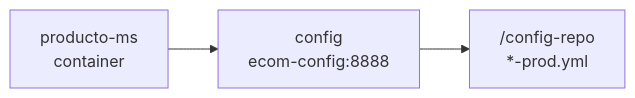
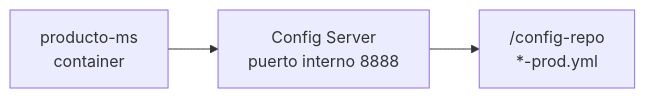
One commit to erickmijael17/SmartCampus-Marketplace changed the second of 2 diagrams in docs/sesiones/s02-configuracion-centralizada.md. Above: the diagram before and after it, drawn with Mermaid. The commit also changed other lines of this file and 11 other files, not shown here.

````diff
--- a/docs/sesiones/s02-configuracion-centralizada.md
+++ b/docs/sesiones/s02-configuracion-centralizada.md
@@ -56,7 +56,7 @@
 ```mermaid
 flowchart LR
     MS["producto-ms<br/>container"]
-    CFG["config<br/>ecom-config:8888"]
+    CFG["Config Server<br/>puerto interno 8888"]
     Repo["/config-repo<br/>*-prod.yml"]
     MS --> CFG --> Repo
 ```
````
